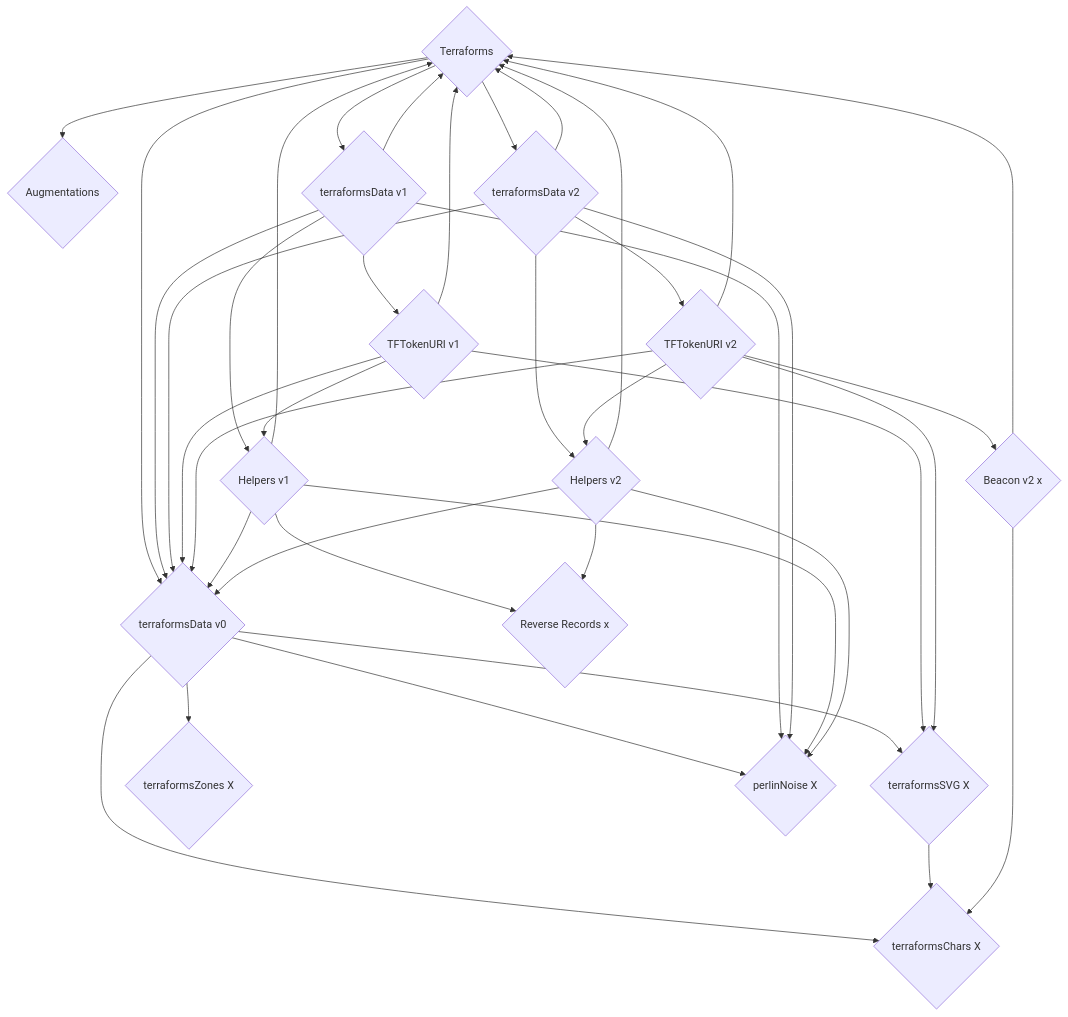
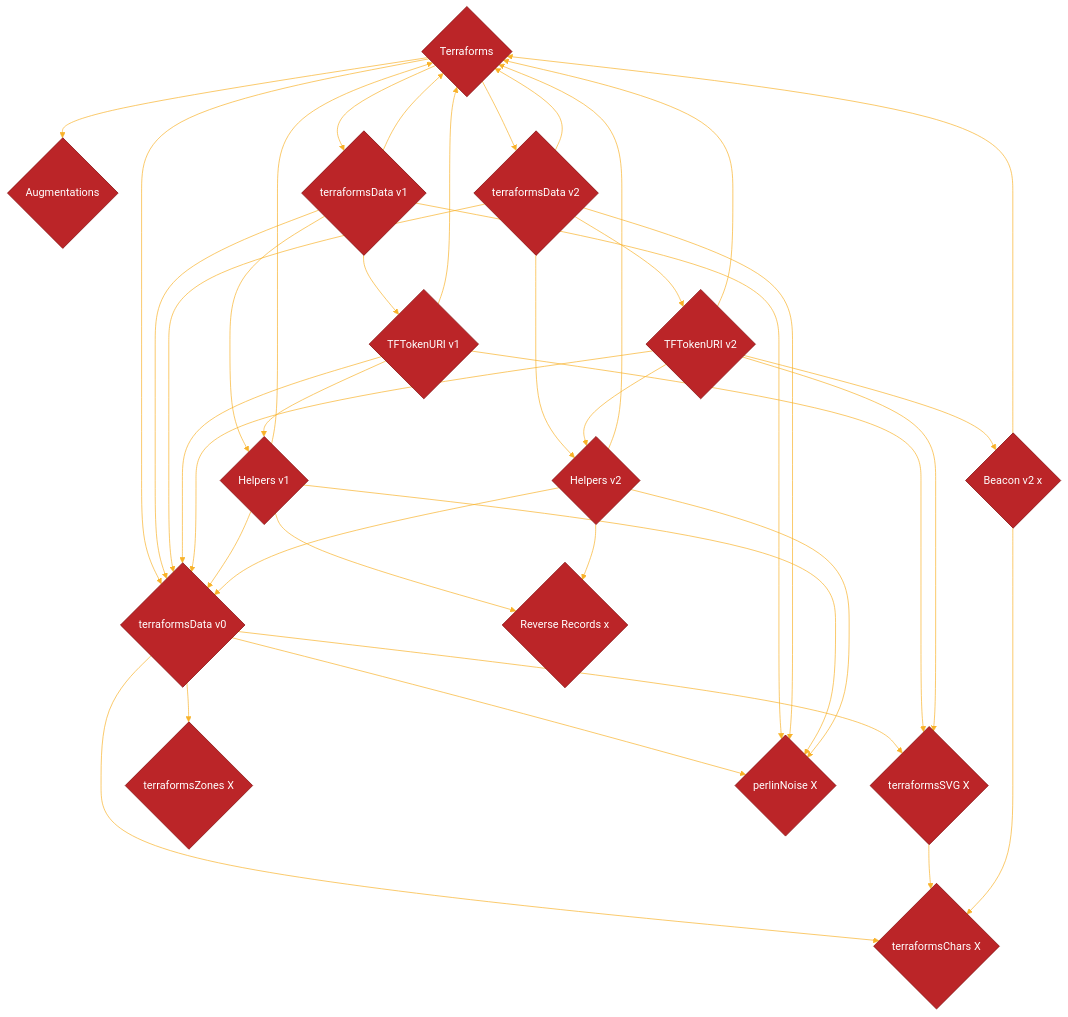
Before and after one commit to thebadcc/terraform-docs: the first of 2 diagrams in contracts/Terraforms.md, drawn with Mermaid.

````diff
--- a/contracts/Terraforms.md
+++ b/contracts/Terraforms.md
@@ -20,41 +20,54 @@
 ```mermaid
+%%{
+  init: {
+    'theme': 'base',
+    'themeVariables': {
+      'primaryColor': '#BB2528',
+      'primaryTextColor': '#fff',
+      'primaryBorderColor': '#7C0000',
+      'lineColor': '#F8B229',
+      'secondaryColor': '#006100',
+      'tertiaryColor': '#fff'
+    }
+  }
+}%%
 graph TD
     A{Terraforms} --> B{Augmentations}
     A --> C{terraformsData v0}
     A --> D{terraformsData v1}
     A --> E{terraformsData v2}
     C --> F{terraformsSVG X}
     C --> G{terraformsChars X}
     C --> H{terraformsZones X}
     C --> I{perlinNoise X}
     D --> J{TFTokenURI v1}
     D --> K{Helpers v1}
     E --> L{TFTokenURI v2}
     E --> M{Helpers v2}
     F --> G
     L --> N{Beacon v2 x}
     D --> A
     D --> I
     D --> C
     E --> A
     E --> I
     E --> C
     J --> C
     J --> A
     J --> K
     J --> F
     L --> C
     L --> A
     L --> M
     L --> F
     K --> A
     K --> C
     K --> I
     K --> O{Reverse Records x}
     M --> A
     M --> C
     M --> I
     M --> O
     N --> G
     N --> A
 ```
````
